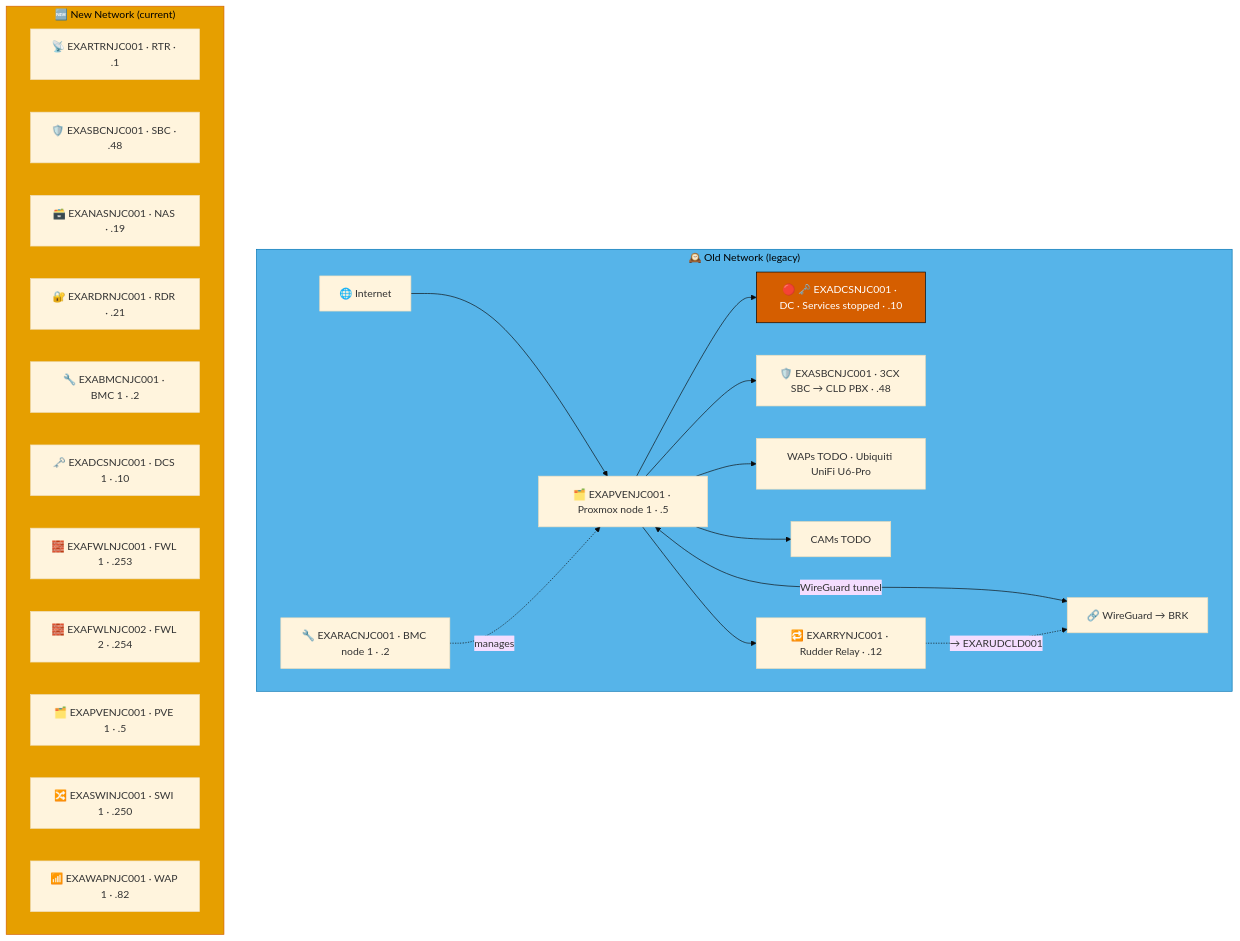
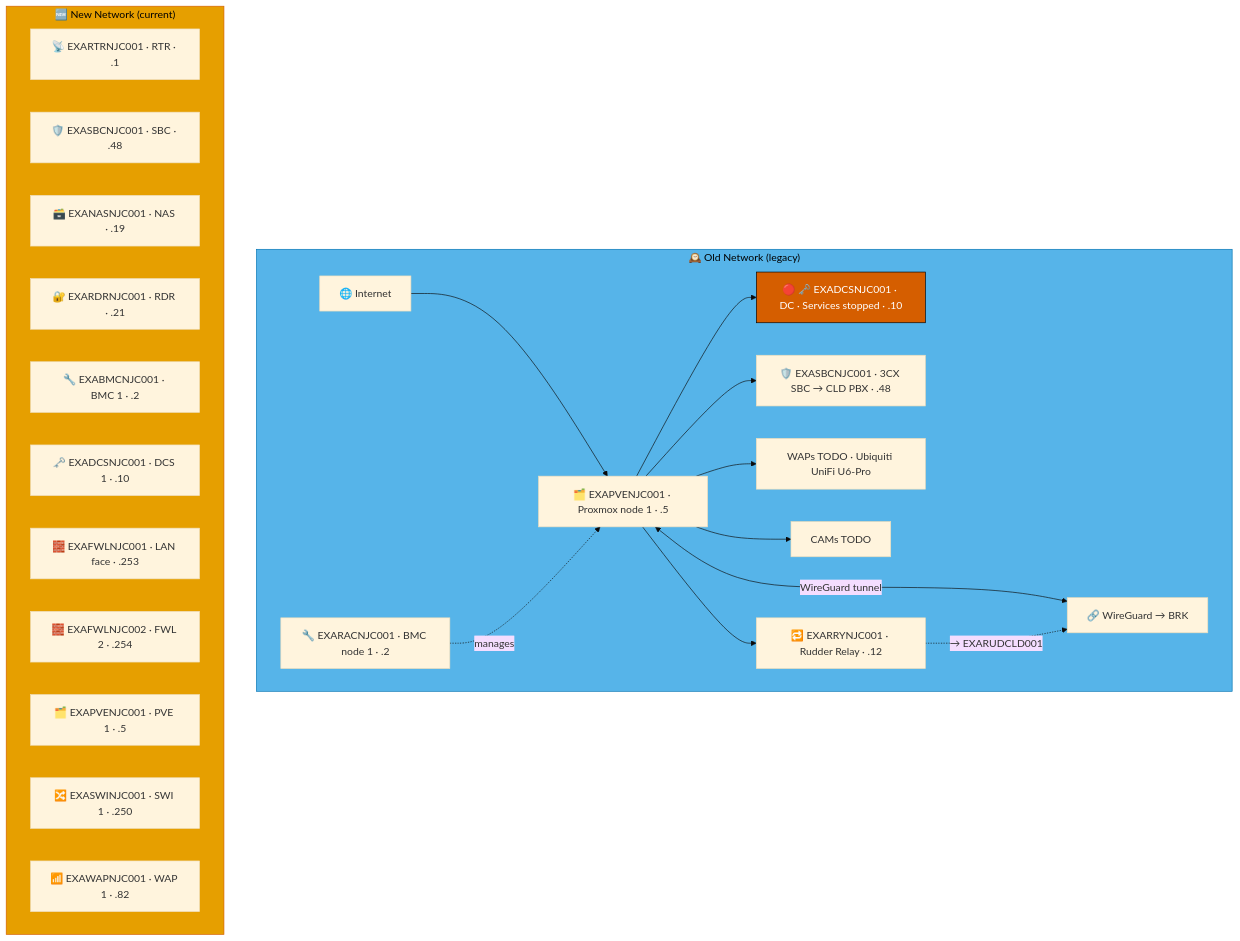
One commit to knightmare2600/example_music_infra changed the third of 8 diagrams in docs/network-diagram/united-states.md. Above: the diagram before and after it, drawn with Mermaid (base theme). The commit also changed other lines of this file and 17 other files, not shown here.

````diff
--- a/docs/network-diagram/united-states.md
+++ b/docs/network-diagram/united-states.md
@@ -146,41 +146,41 @@
 ```mermaid
 graph TD
     subgraph OLD_NJC ["🕰️ Old Network (legacy)"]
       INET["🌐 Internet"]
       RAC["🔧 EXARACNJC001 · BMC node 1 · .2"]
       PVE["🗂️ EXAPVENJC001 · Proxmox node 1 · .5"]
       DC["🔴 🗝️ EXADCSNJC001 · DC · Services stopped · .10"]
       SBC["🛡️ EXASBCNJC001 · 3CX SBC → CLD PBX · .48"]
       RRY["🔁 EXARRYNJC001 · Rudder Relay · .12"]
       WAP["WAPs TODO · Ubiquiti UniFi U6-Pro"]
       CAM["CAMs TODO"]
       VPN["🔗 WireGuard → BRK"]
 
       INET --> PVE --> DC & SBC
       RAC -.->|"manages"| PVE
       PVE --> WAP & CAM
       PVE <-->|"WireGuard tunnel"| VPN
 
       PVE --> RRY
       RRY -. "→ EXARUDCLD001" .-> VPN
     end
     style OLD_NJC fill:#56B4E9,stroke:#0072B2,color:#000000
     %% GENERATED:NEW-NETWORK:NJC:START
     subgraph NEW_NJC ["🆕 New Network (current)"]
       N_RTR["📡 EXARTRNJC001 · RTR · .1"]
       N_SBC["🛡️ EXASBCNJC001 · SBC · .48"]
       N_NAS["🗃️ EXANASNJC001 · NAS · .19"]
       N_RDR["🔐 EXARDRNJC001 · RDR · .21"]
       N_BMC["🔧 EXABMCNJC001 · BMC 1 · .2"]
       N_DCS["🗝️ EXADCSNJC001 · DCS 1 · .10"]
-      N_FWL["🧱 EXAFWLNJC001 · FWL 1 · .253"]
+      N_FWL["🧱 EXAFWLNJC001 · LAN face · .253"]
       N_FWL2["🧱 EXAFWLNJC002 · FWL 2 · .254"]
       N_PVE["🗂️ EXAPVENJC001 · PVE 1 · .5"]
       N_SWI["🔀 EXASWINJC001 · SWI 1 · .250"]
       N_WAP["📶 EXAWAPNJC001 · WAP 1 · .82"]
     end
     style NEW_NJC fill:#E69F00,stroke:#D55E00,color:#000000
     %% GENERATED:NEW-NETWORK:NJC:END
     classDef warn fill:#D55E00,stroke:#000000,color:#ffffff
     class DC warn
 ```
````
